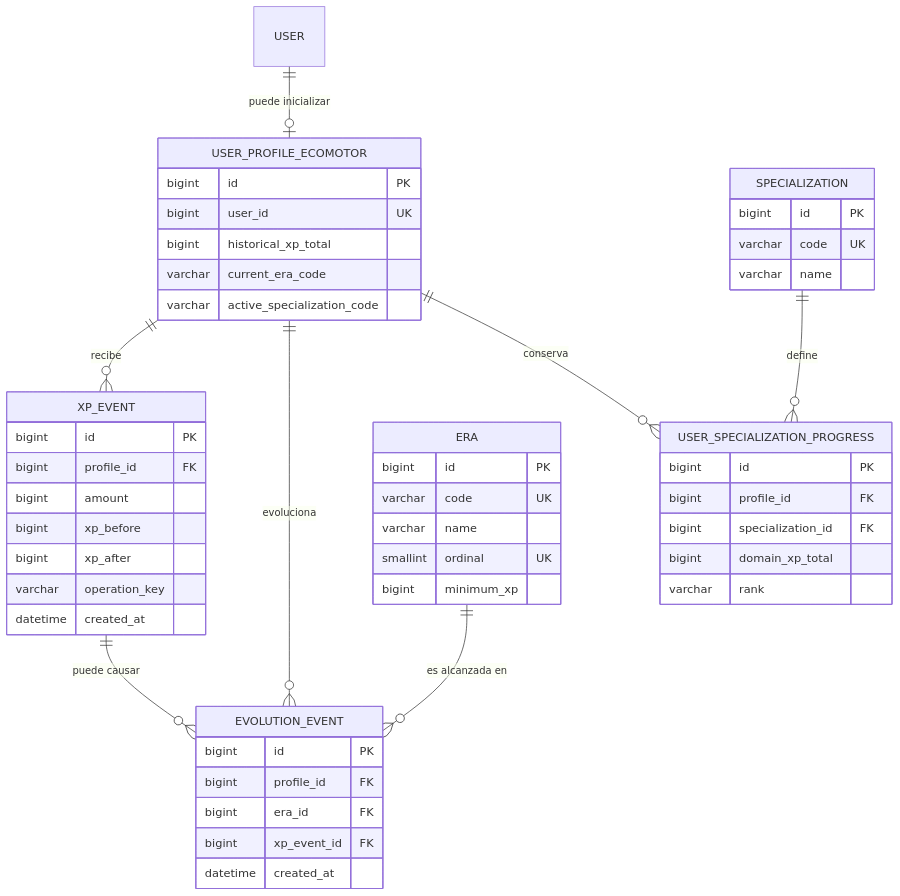
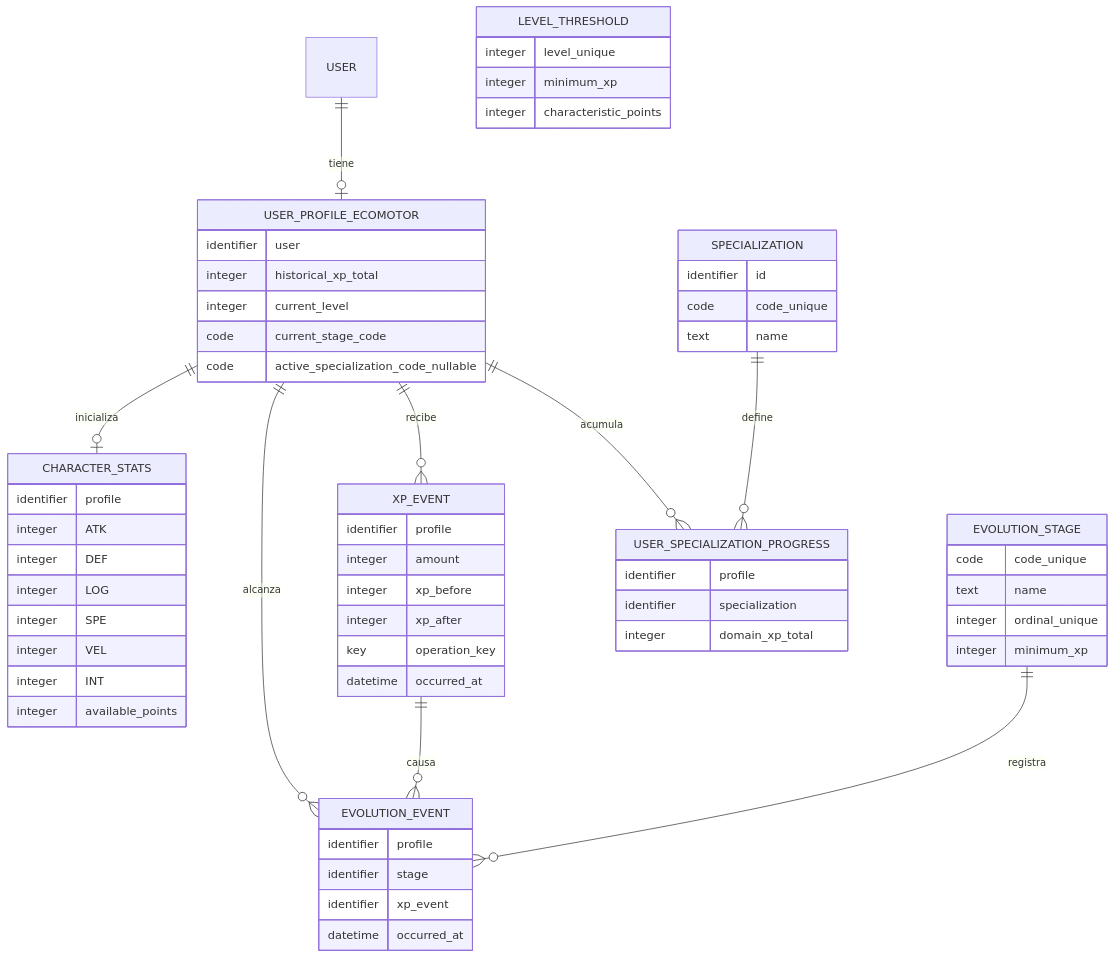
The diagram in docs/erd/ecomotor.md (Martret92/duckyarenas-team5), drawn with Mermaid before and after one commit. The commit also changed other lines of this file and 4 other files, not shown here.

Commit message:
docs: documentar ERD V2 provisional de Ecomotor y evolución

````diff
--- a/docs/erd/ecomotor.md
+++ b/docs/erd/ecomotor.md
@@ -118,62 +27,63 @@
 ```mermaid
 erDiagram
-    USER ||--o| USER_PROFILE_ECOMOTOR : "puede inicializar"
-
-    USER_PROFILE_ECOMOTOR ||--o{ XP_EVENT : "recibe"
-    USER_PROFILE_ECOMOTOR ||--o{ EVOLUTION_EVENT : "evoluciona"
-    USER_PROFILE_ECOMOTOR ||--o{ USER_SPECIALIZATION_PROGRESS : "conserva"
-
-    XP_EVENT ||--o{ EVOLUTION_EVENT : "puede causar"
-
-    ERA ||--o{ EVOLUTION_EVENT : "es alcanzada en"
-
-    SPECIALIZATION ||--o{ USER_SPECIALIZATION_PROGRESS : "define"
-
+    USER ||--o| USER_PROFILE_ECOMOTOR : tiene
+    USER_PROFILE_ECOMOTOR ||--o| CHARACTER_STATS : inicializa
+    USER_PROFILE_ECOMOTOR ||--o{ XP_EVENT : recibe
+    USER_PROFILE_ECOMOTOR ||--o{ EVOLUTION_EVENT : alcanza
+    XP_EVENT ||--o{ EVOLUTION_EVENT : causa
+    EVOLUTION_STAGE ||--o{ EVOLUTION_EVENT : registra
+    USER_PROFILE_ECOMOTOR ||--o{ USER_SPECIALIZATION_PROGRESS : acumula
+    SPECIALIZATION ||--o{ USER_SPECIALIZATION_PROGRESS : define
     USER_PROFILE_ECOMOTOR {
-        bigint id PK
-        bigint user_id UK
-        bigint historical_xp_total
-        varchar current_era_code
-        varchar active_specialization_code
+        identifier user
+        integer historical_xp_total
+        integer current_level
+        code current_stage_code
+        code active_specialization_code_nullable
     }
-
-    ERA {
-        bigint id PK
-        varchar code UK
-        varchar name
-        smallint ordinal UK
-        bigint minimum_xp
+    CHARACTER_STATS {
+        identifier profile
+        integer ATK
+        integer DEF
+        integer LOG
+        integer SPE
+        integer VEL
+        integer INT
+        integer available_points
     }
-
+    LEVEL_THRESHOLD {
+        integer level_unique
+        integer minimum_xp
+        integer characteristic_points
+    }
+    EVOLUTION_STAGE {
+        code code_unique
+        text name
+        integer ordinal_unique
+        integer minimum_xp
+    }
     XP_EVENT {
-        bigint id PK
-        bigint profile_id FK
-        bigint amount
-        bigint xp_before
-        bigint xp_after
-        varchar operation_key
-        datetime created_at
+        identifier profile
+        integer amount
+        integer xp_before
+        integer xp_after
+        key operation_key
+        datetime occurred_at
     }
-
     EVOLUTION_EVENT {
-        bigint id PK
-        bigint profile_id FK
-        bigint era_id FK
-        bigint xp_event_id FK
-        datetime created_at
+        identifier profile
+        identifier stage
+        identifier xp_event
+        datetime occurred_at
     }
-
     SPECIALIZATION {
-        bigint id PK
-        varchar code UK
-        varchar name
+        identifier id
+        code code_unique
+        text name
     }
-
     USER_SPECIALIZATION_PROGRESS {
-        bigint id PK
-        bigint profile_id FK
-        bigint specialization_id FK
-        bigint domain_xp_total
-        varchar rank
+        identifier profile
+        identifier specialization
+        integer domain_xp_total
     }
 ```
````
